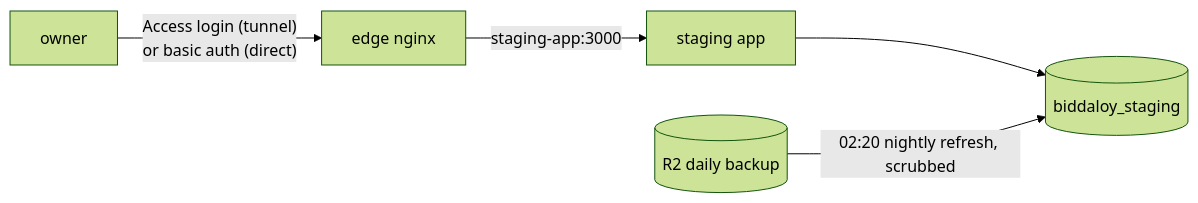
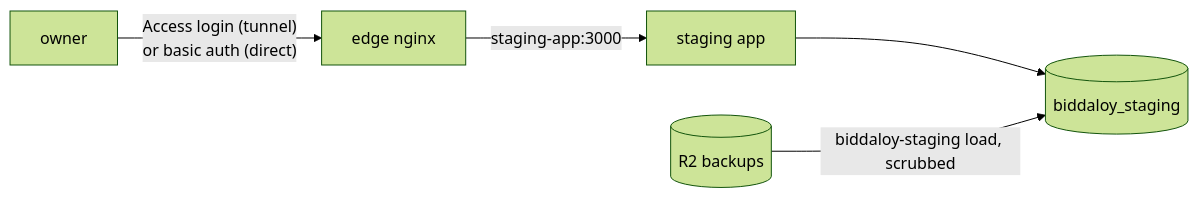
Before and after one commit to tareq89/biddaloy: the ninth of 12 diagrams in docs/architecture/07-deployment.md, drawn with Mermaid (forest theme). The commit also changed other lines of this file and 4 other files, not shown here.

First line of the commit message:
docs(88.4.01): runbook part for dev, staging and the nightly drill

````diff
--- a/docs/architecture/07-deployment.md
+++ b/docs/architecture/07-deployment.md
@@ -479,7 +479,7 @@
 ```mermaid
 flowchart LR
   O[owner] -->|"Access login (tunnel)<br/>or basic auth (direct)"| E[edge nginx]
   E -->|"staging-app:3000"| SA[staging app]
   SA --> SD[("biddaloy_staging")]
-  R2[("R2 daily backup")] -->|"02:20 nightly refresh, scrubbed"| SD
+  R2[("R2 backups")] -->|"biddaloy-staging load, scrubbed"| SD
 ```
````
